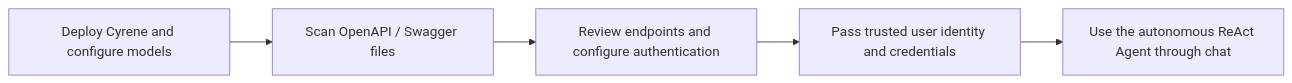
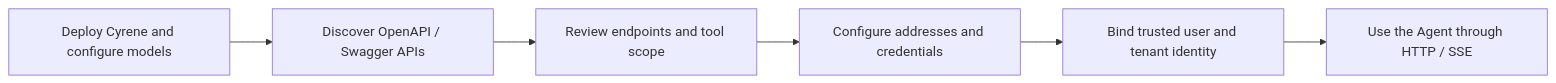
The first of 2 diagrams in README_EN.md (chenkezhen480/Cyrene), drawn with Mermaid before and after one commit. The commit also changed other lines of this file and 4 other files, not shown here.

````diff
--- a/README_EN.md
+++ b/README_EN.md
@@ -34,7 +40,8 @@
 ```mermaid
 flowchart LR
-    A[Deploy Cyrene and configure models] --> B[Scan OpenAPI / Swagger files]
-    B --> C[Review endpoints and configure authentication]
-    C --> D[Pass trusted user identity and credentials]
-    D --> E[Use the autonomous ReAct Agent through chat]
+    A[Deploy Cyrene and configure models] --> B[Discover OpenAPI / Swagger APIs]
+    B --> C[Review endpoints and tool scope]
+    C --> D[Configure addresses and credentials]
+    D --> E[Bind trusted user and tenant identity]
+    E --> F[Use the Agent through HTTP / SSE]
 ```
````
